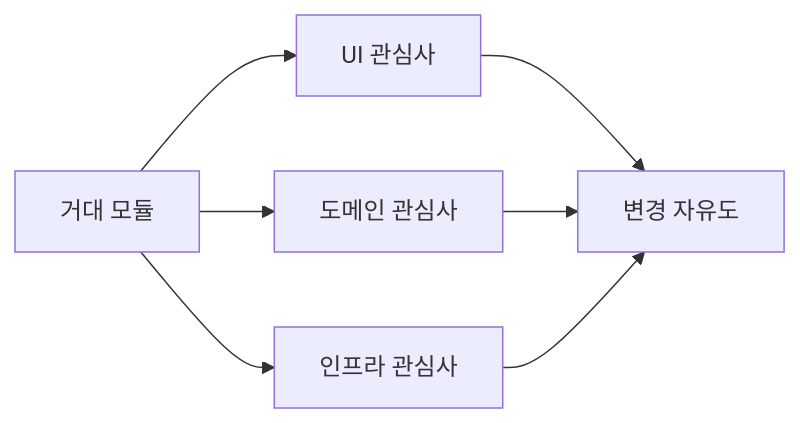
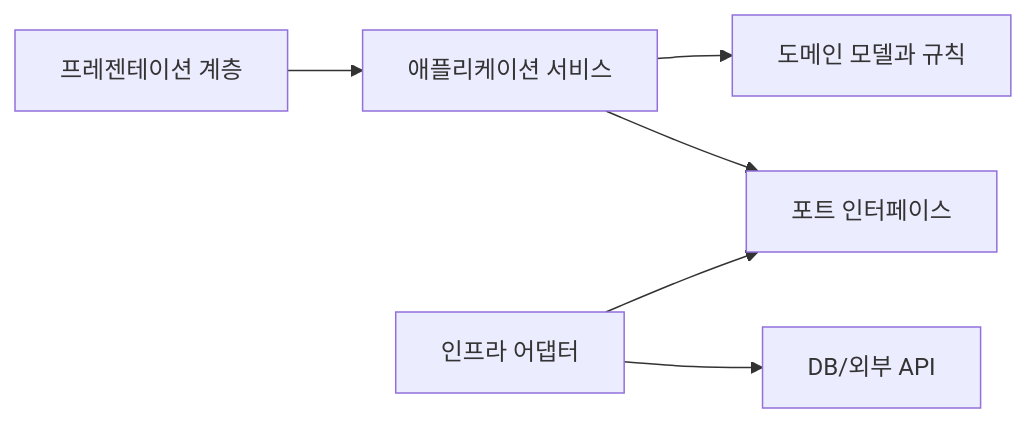
The diagram in docs/ko/software-design-101/02-separation-of-concerns.md (yeongseon-books/book-content), drawn with Mermaid before and after one commit. The commit also changed other lines of this file and 4143 other files, not shown here.

````diff
--- a/docs/ko/software-design-101/02-separation-of-concerns.md
+++ b/docs/ko/software-design-101/02-separation-of-concerns.md
@@ -36,7 +241,8 @@
 ```mermaid
 flowchart LR
-    M["거대 모듈"] --> A["UI 관심사"]
-    M --> B["도메인 관심사"]
-    M --> C["인프라 관심사"]
-    A & B & C --> R["변경 자유도"]
+    UI["프레젠테이션 계층"] --> APP["애플리케이션 서비스"]
+    APP --> DOMAIN["도메인 모델과 규칙"]
+    APP --> PORT["포트 인터페이스"]
+    ADAPTER["인프라 어댑터"] --> PORT
+    ADAPTER --> EXT["DB/외부 API"]
 ```
````
